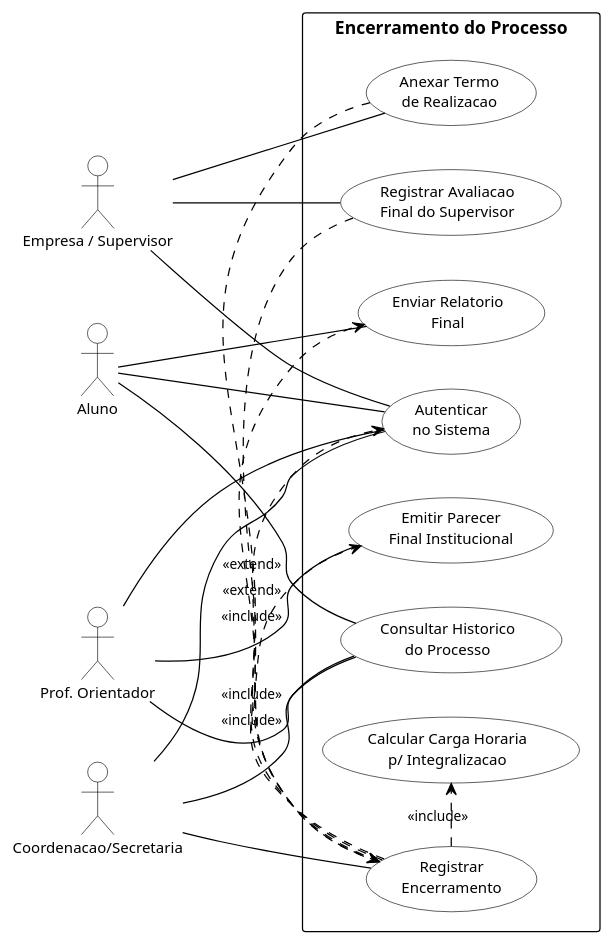
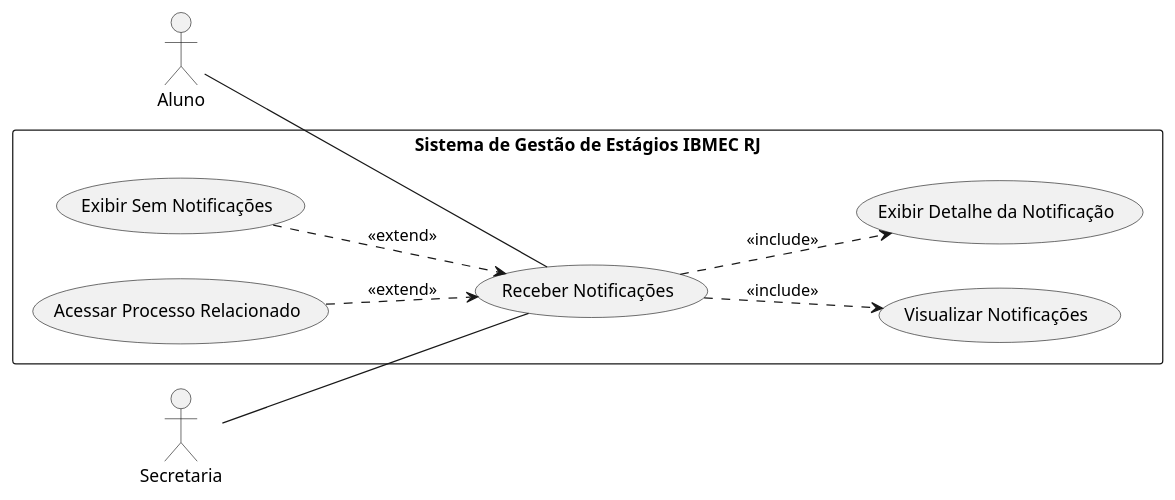
The eighth of 9 diagrams in docs/Elaboracao/casos_de_uso.md (Projetos-de-Extensao/PBE_26.1_8002_I), drawn with PlantUML before and after one commit. The commit also changed other lines of this file, not shown here.

````diff
--- a/docs/Elaboracao/casos_de_uso.md
+++ b/docs/Elaboracao/casos_de_uso.md
@@ -452,73 +377,29 @@
 ```plantuml
-@startuml visao_5_encerramento
-
+@startuml
 left to right direction
 
-skinparam DefaultFontName Arial
-skinparam DefaultFontSize 12
-skinparam shadowing false
-skinparam backgroundColor white
+actor Aluno
+actor Secretaria
 
-skinparam actor {
-  BackgroundColor white
-  BorderColor black
-  FontColor black
-}
-skinparam usecase {
-  BackgroundColor white
-  BorderColor black
-  FontColor black
-  FontSize 12
-}
-skinparam rectangle {
-  BackgroundColor white
-  BorderColor black
-  FontColor black
-  FontSize 14
-}
-skinparam ArrowColor black
-skinparam ArrowFontColor black
-skinparam ArrowFontSize 11
+rectangle "Sistema de Gestão de Estágios IBMEC RJ" {
 
-actor "Aluno"                  as ALU
-actor "Empresa / Supervisor"   as EMP
-actor "Prof. Orientador"       as ORI
-actor "Coordenacao/Secretaria" as COO
+  usecase "Receber Notificações" as UC1
+  usecase "Visualizar Notificações" as UC2
+  usecase "Exibir Detalhe da Notificação" as UC3
+  usecase "Exibir Sem Notificações" as UC4
+  usecase "Acessar Processo Relacionado" as UC5
 
-rectangle "Encerramento do Processo" {
-  usecase "Autenticar\nno Sistema"                   as UC_AUTH
-  usecase "Enviar Relatorio\nFinal"                  as UC_RELFIN
-  usecase "Anexar Termo\nde Realizacao"              as UC_TERMO
-  usecase "Registrar Avaliacao\nFinal do Supervisor" as UC_AVALFIN
-  usecase "Emitir Parecer\nFinal Institucional"      as UC_PARFIN
-  usecase "Calcular Carga Horaria\np/ Integralizacao" as UC_CALCCH
-  usecase "Registrar\nEncerramento"                  as UC_ENCERRAR
-  usecase "Consultar Historico\ndo Processo"         as UC_HIST
 }
 
-ALU -- UC_AUTH
-ALU -- UC_RELFIN
-ALU -- UC_HIST
+Aluno -- UC1
+Secretaria -- UC1
 
-EMP -- UC_AUTH
-EMP -- UC_TERMO
-EMP -- UC_AVALFIN
+UC1 ..> UC2 : <<include>>
+UC1 ..> UC3 : <<include>>
 
-ORI -- UC_AUTH
-ORI -- UC_PARFIN
-ORI -- UC_HIST
-
-COO -- UC_AUTH
-COO -- UC_ENCERRAR
-COO -- UC_HIST
-
-UC_ENCERRAR .> UC_AUTH   : <<include>>
-UC_ENCERRAR .> UC_CALCCH : <<include>>
-UC_ENCERRAR .> UC_RELFIN : <<include>>
-UC_ENCERRAR .> UC_PARFIN : <<include>>
-
-UC_TERMO   .> UC_ENCERRAR : <<extend>>
-UC_AVALFIN .> UC_ENCERRAR : <<extend>>
+UC4 ..> UC1 : <<extend>>
+UC5 ..> UC1 : <<extend>>
 
 @enduml
+
 ```
````
